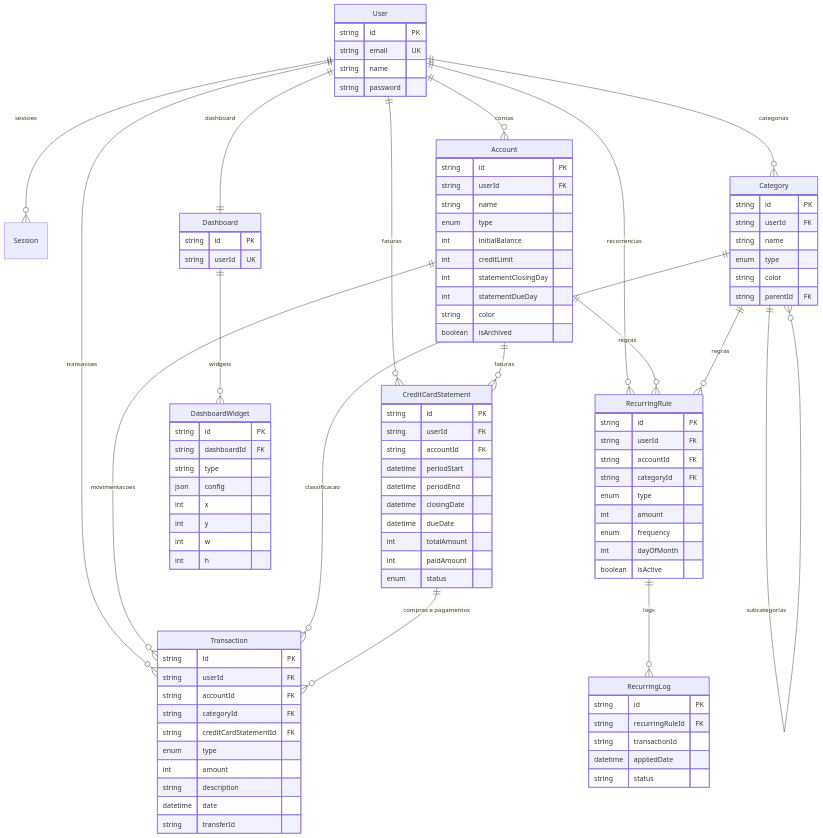
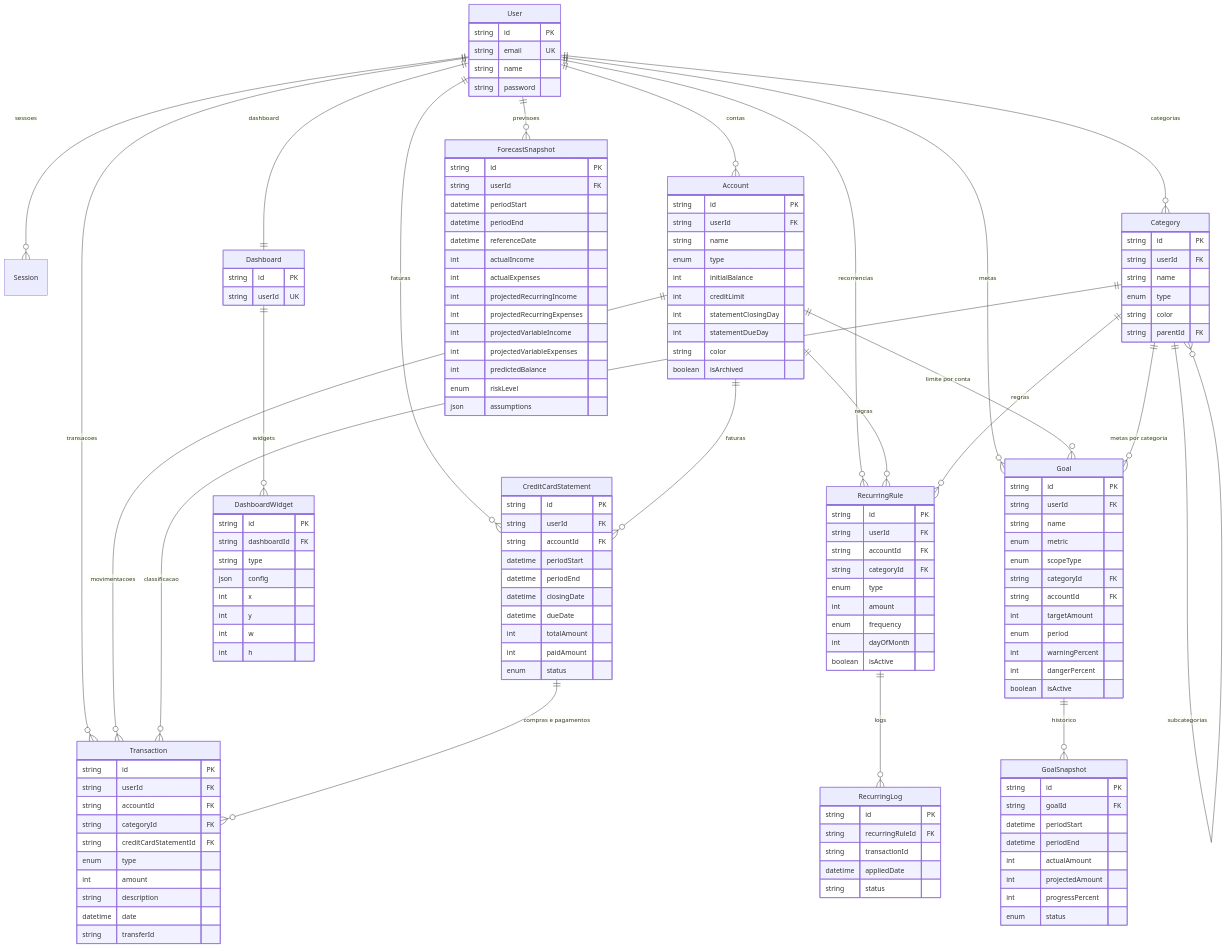
The second of 2 diagrams in README.md (Senavictors/Finance-Controller), drawn with Mermaid before and after one commit. The commit also changed other lines of this file and 14 other files, not shown here.

````diff
--- a/README.md
+++ b/README.md
@@ -245,6 +259,8 @@
     User ||--o{ CreditCardStatement : "faturas"
     User ||--|| Dashboard : "dashboard"
     User ||--o{ RecurringRule : "recorrencias"
+    User ||--o{ Goal : "metas"
+    User ||--o{ ForecastSnapshot : "previsoes"
     Account ||--o{ Transaction : "movimentacoes"
     Account ||--o{ CreditCardStatement : "faturas"
     Category ||--o{ Transaction : "classificacao"
@@ -253,7 +269,10 @@
     Dashboard ||--o{ DashboardWidget : "widgets"
     RecurringRule ||--o{ RecurringLog : "logs"
     Account ||--o{ RecurringRule : "regras"
+    Account ||--o{ Goal : "limite por conta"
     Category ||--o{ RecurringRule : "regras"
+    Category ||--o{ Goal : "metas por categoria"
+    Goal ||--o{ GoalSnapshot : "historico"
 
     User {
         string id PK
@@ -345,4 +364,47 @@
         datetime appliedDate
         string status
     }
+
+    Goal {
+        string id PK
+        string userId FK
+        string name
+        enum metric
+        enum scopeType
+        string categoryId FK
+        string accountId FK
+        int targetAmount
+        enum period
+        int warningPercent
+        int dangerPercent
+        boolean isActive
+    }
+
+    GoalSnapshot {
+        string id PK
+        string goalId FK
+        datetime periodStart
+        datetime periodEnd
+        int actualAmount
+        int projectedAmount
+        int progressPercent
+        enum status
+    }
+
+    ForecastSnapshot {
+        string id PK
+        string userId FK
+        datetime periodStart
+        datetime periodEnd
+        datetime referenceDate
+        int actualIncome
+        int actualExpenses
+        int projectedRecurringIncome
+        int projectedRecurringExpenses
+        int projectedVariableIncome
+        int projectedVariableExpenses
+        int predictedBalance
+        enum riskLevel
+        json assumptions
+    }
 ```
````
